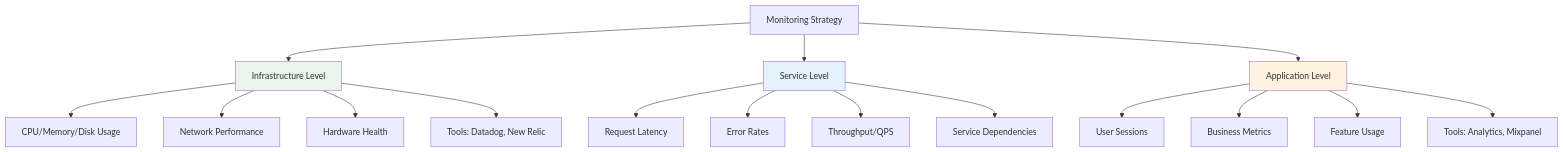
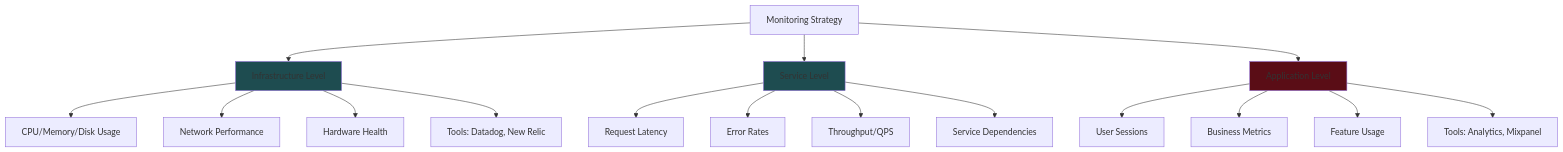
One commit to ahmedrzakhan/system-design-notes changed diagram 16 of 21 in fundamentals/core_concepts.md. Above: the diagram before and after it, drawn with Mermaid. The commit also changed other lines of this file, not shown here.

````diff
--- a/fundamentals/core_concepts.md
+++ b/fundamentals/core_concepts.md
@@ -428,25 +428,25 @@
 ```mermaid
 graph TD
     A[Monitoring Strategy] --> B[Infrastructure Level]
     A --> C[Service Level]
     A --> D[Application Level]
 
     B --> B1[CPU/Memory/Disk Usage]
     B --> B2[Network Performance]
     B --> B3[Hardware Health]
     B --> B4[Tools: Datadog, New Relic]
 
     C --> C1[Request Latency]
     C --> C2[Error Rates]
     C --> C3[Throughput/QPS]
     C --> C4[Service Dependencies]
 
     D --> D1[User Sessions]
     D --> D2[Business Metrics]
     D --> D3[Feature Usage]
     D --> D4[Tools: Analytics, Mixpanel]
 
-    style B fill:#e8f5e8
-    style C fill:#e3f2fd
-    style D fill:#fff3e0
+    style B fill:#1E4C50
+    style C fill:#1E4C50
+    style D fill:#5A0D16
 ```
````
